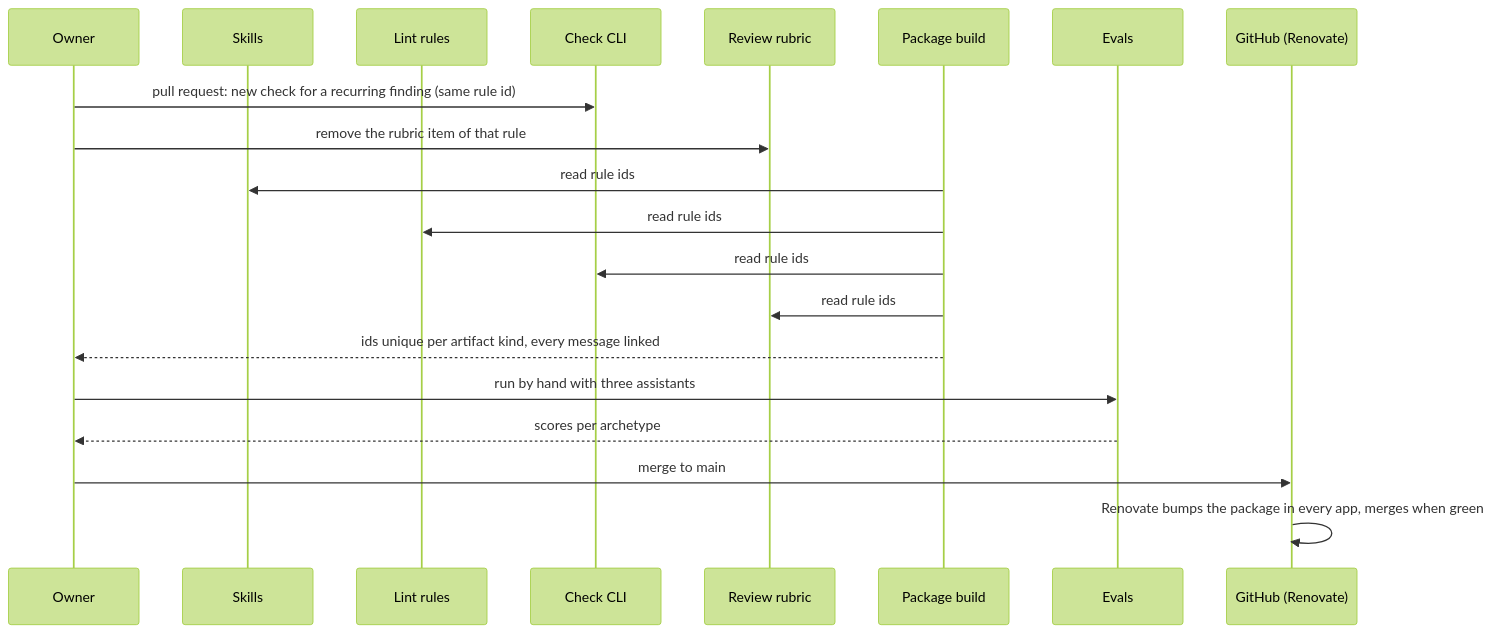
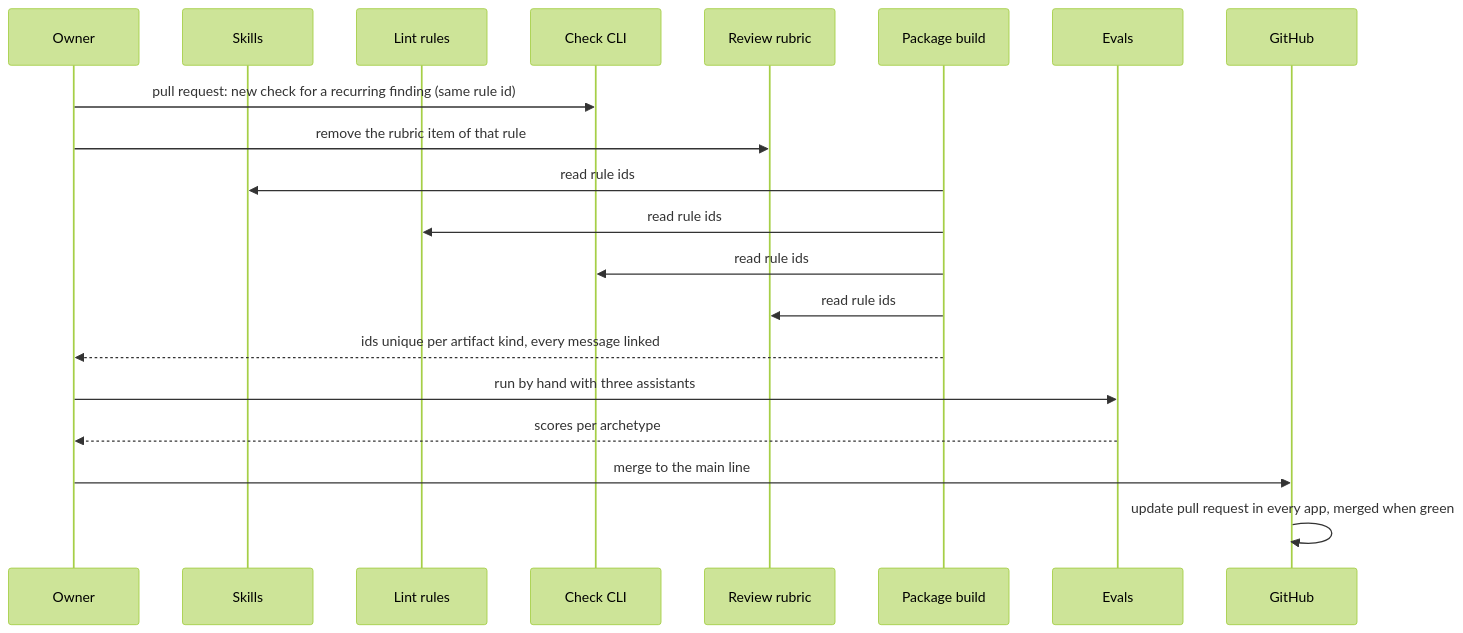
One commit to lernapps/tooling changed the fourth of 4 diagrams in docs/arc42/06-runtime-view.arc42.md. Above: the diagram before and after it, drawn with Mermaid (forest theme). The commit also changed other lines of this file and 26 other files, not shown here.

First line of the commit message:
docs: the architecture states responsibilities, the README orients, details live in code

````diff
--- a/docs/arc42/06-runtime-view.arc42.md
+++ b/docs/arc42/06-runtime-view.arc42.md
@@ -180,22 +180,22 @@
 ```mermaid
 sequenceDiagram
     participant owner as Owner
     participant skills as Skills
     participant lint as Lint rules
     participant check as Check CLI
     participant procedure as Review rubric
     participant package as Package build
     participant evals as Evals
-    participant github as GitHub (Renovate)
+    participant github as GitHub
     owner->>check: pull request: new check for a recurring finding (same rule id)
     owner->>procedure: remove the rubric item of that rule
     package->>skills: read rule ids
     package->>lint: read rule ids
     package->>check: read rule ids
     package->>procedure: read rule ids
     package-->>owner: ids unique per artifact kind, every message linked
     owner->>evals: run by hand with three assistants
     evals-->>owner: scores per archetype
-    owner->>github: merge to main
-    github->>github: Renovate bumps the package in every app, merges when green
+    owner->>github: merge to the main line
+    github->>github: update pull request in every app, merged when green
 ```
````
